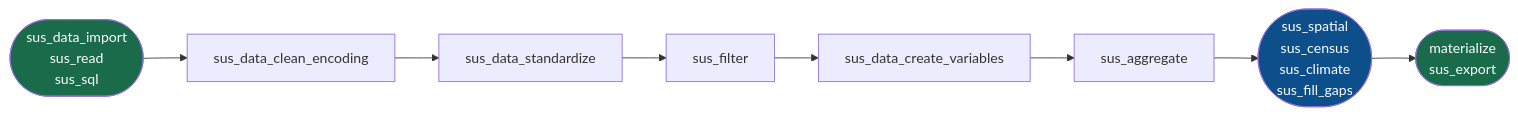
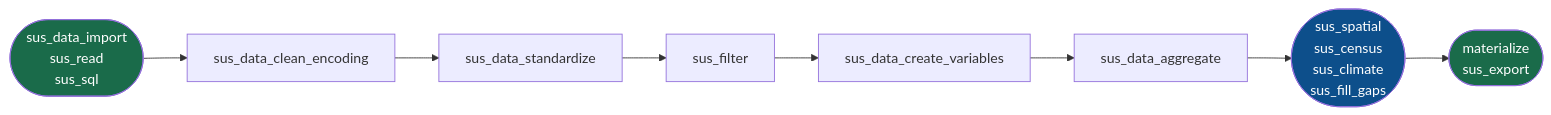
The diagram in docs/pipeline-order.md (climasus/climasus4py), drawn with Mermaid before and after one commit. The commit also changed other lines of this file and 10 other files, not shown here.

Commit message:
refactor(api): rename sus_aggregate to sus_data_aggregate

````diff
--- a/docs/pipeline-order.md
+++ b/docs/pipeline-order.md
@@ -10,13 +10,13 @@
 ```mermaid
 flowchart LR
     A(["sus_data_import\nsus_read\nsus_sql"]) --> B[sus_data_clean_encoding]
     B --> C[sus_data_standardize]
     C --> D[sus_filter]
     D --> E[sus_data_create_variables]
-    E --> F[sus_aggregate]
+    E --> F[sus_data_aggregate]
     F --> G(["sus_spatial\nsus_census\nsus_climate\nsus_fill_gaps"])
     G --> H(["materialize\nsus_export"])
     style A fill:#1a6b4a,color:#fff
     style H fill:#1a6b4a,color:#fff
     style G fill:#0d4f8b,color:#fff
 ```
````
